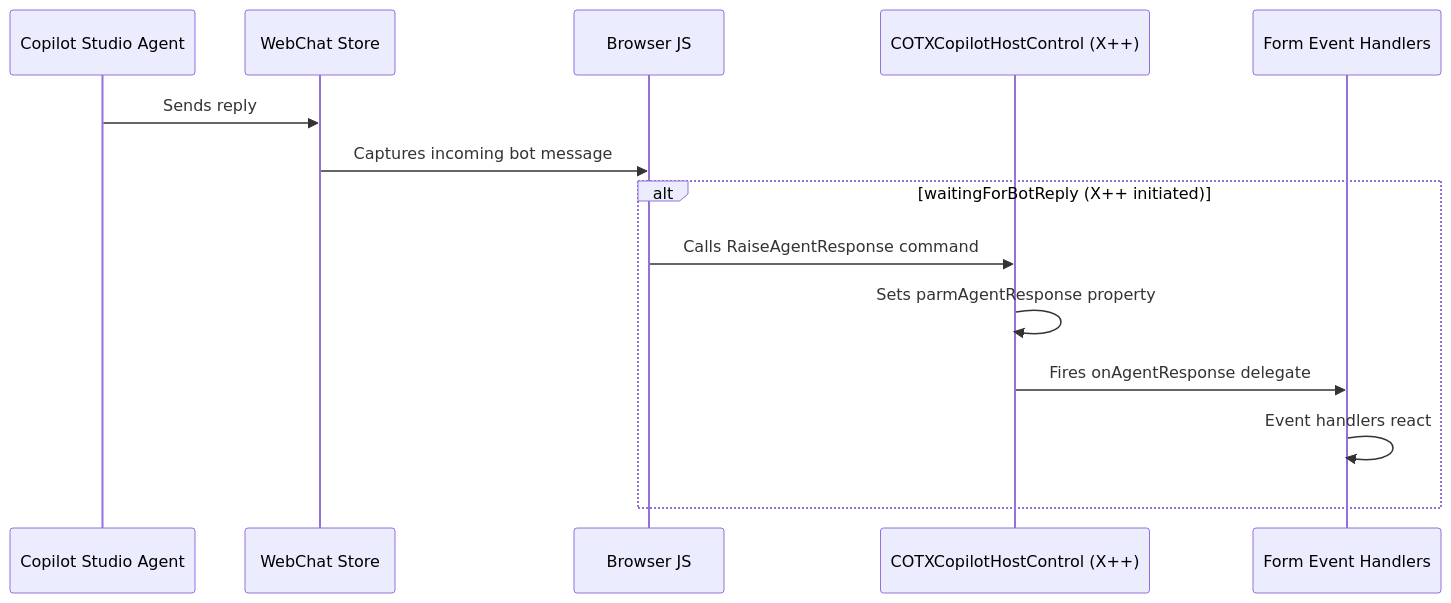
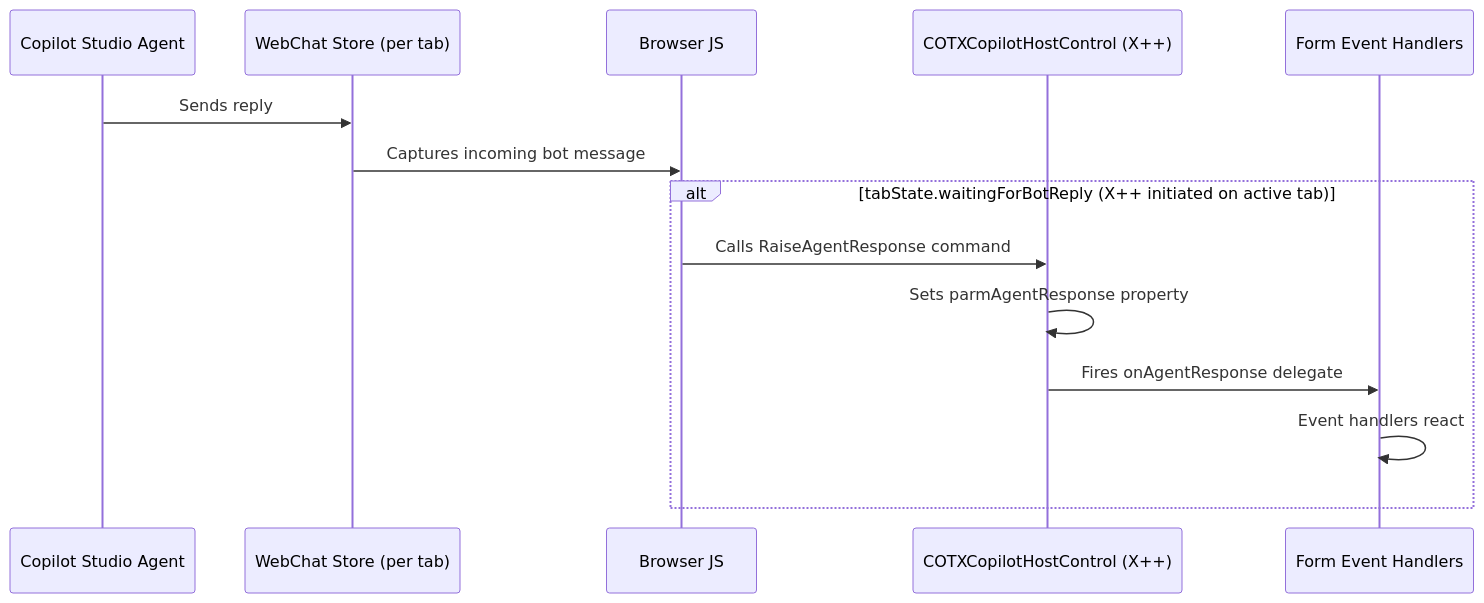
One commit to jofme/D365CopilotToolbox changed the seventh of 7 diagrams in docs/architecture.md. Above: the diagram before and after it, drawn with Mermaid. The commit also changed other lines of this file and 9 other files, not shown here.

````diff
--- a/docs/architecture.md
+++ b/docs/architecture.md
@@ -143,17 +176,17 @@
 ```mermaid
 sequenceDiagram
     participant Agent as Copilot Studio Agent
-    participant WebChat as WebChat Store
+    participant WebChat as WebChat Store (per tab)
     participant JS as Browser JS
     participant Control as COTXCopilotHostControl (X++)
     participant Form as Form Event Handlers
 
     Agent->>WebChat: Sends reply
     WebChat->>JS: Captures incoming bot message
-    alt waitingForBotReply (X++ initiated)
+    alt tabState.waitingForBotReply (X++ initiated on active tab)
         JS->>Control: Calls RaiseAgentResponse command
         Control->>Control: Sets parmAgentResponse property
         Control->>Form: Fires onAgentResponse delegate
         Form->>Form: Event handlers react
     end
 ```
````
